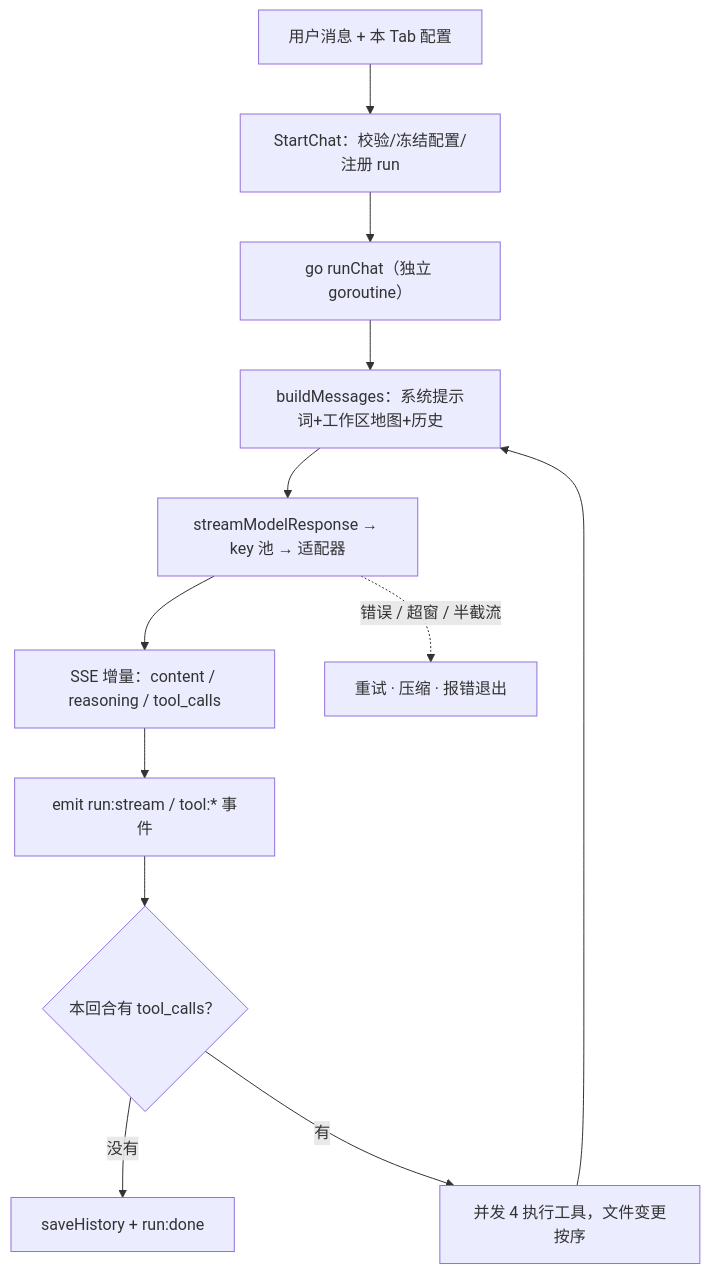
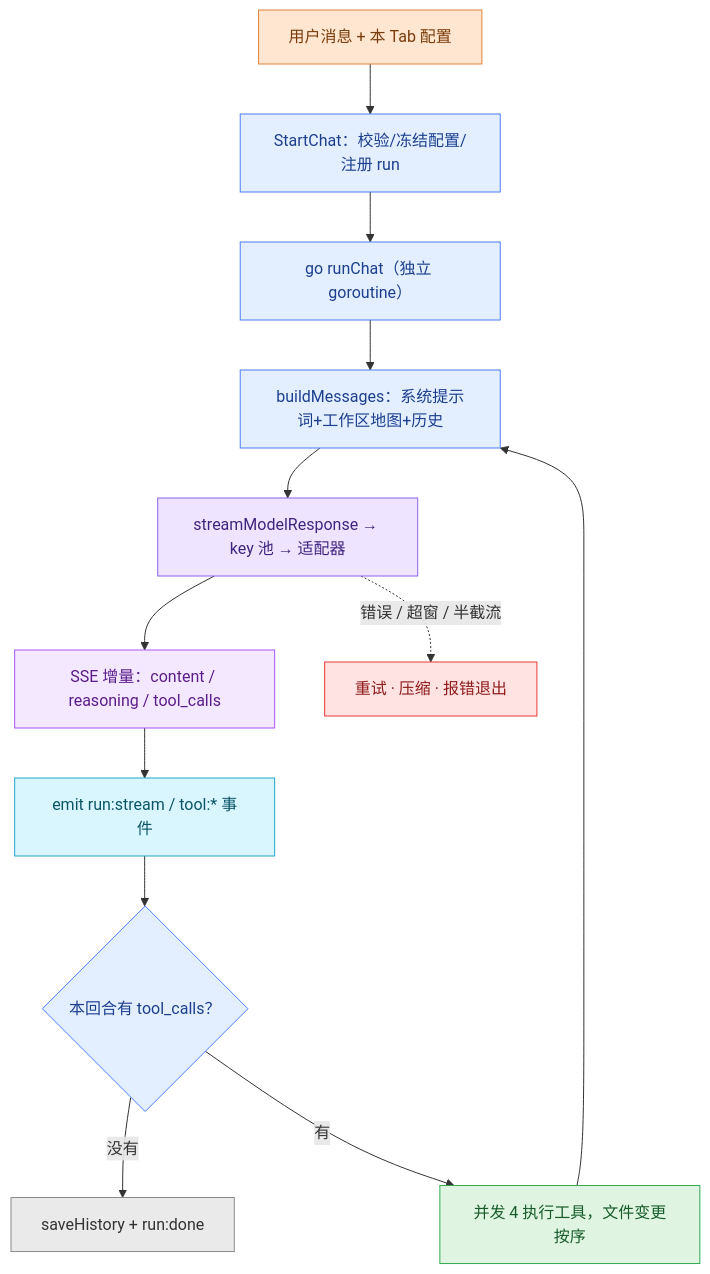
One commit to Bronya0/ally-agent changed the diagram in docs/agent-core-loop.md. Above: the diagram before and after it, drawn with Mermaid. The commit also changed 14 other files, not shown here.

````diff
--- a/docs/agent-core-loop.md
+++ b/docs/agent-core-loop.md
@@ -27,14 +27,22 @@
 ```mermaid
 flowchart TD
   U["用户消息 + 本 Tab 配置"]:::user --> S["StartChat：校验/冻结配置/注册 run"]:::core
   S --> G["go runChat（独立 goroutine）"]:::core
   G --> B["buildMessages：系统提示词+工作区地图+历史"]:::core
   B --> L["streamModelResponse → key 池 → 适配器"]:::llm
   L --> P["SSE 增量：content / reasoning / tool_calls"]:::prov
   P --> E["emit run:stream / tool:* 事件"]:::ev
   E --> D{"本回合有 tool_calls？"}:::core
   D -- "没有" --> F["saveHistory + run:done"]:::fin
   D -- "有" --> X["并发 4 执行工具，文件变更按序"]:::exec
   X --> B
   L -. "错误 / 超窗 / 半截流" .-> K["重试 · 压缩 · 报错退出"]:::risk
+  classDef user fill:#ffe6d0,stroke:#e0823a,color:#7a3c0c
+  classDef core fill:#e3efff,stroke:#4c7dff,color:#1d3f8f
+  classDef llm fill:#efe4ff,stroke:#8a63e8,color:#40257f
+  classDef prov fill:#f3e8ff,stroke:#a855f7,color:#5b1d8a
+  classDef ev fill:#d9f6ff,stroke:#22a7c9,color:#0b5566
+  classDef exec fill:#dff5e1,stroke:#34a853,color:#175c2a
+  classDef fin fill:#eaeaea,stroke:#8a8a8a,color:#333333
+  classDef risk fill:#ffe3e3,stroke:#e53935,color:#8e1c1a
 ```
````
